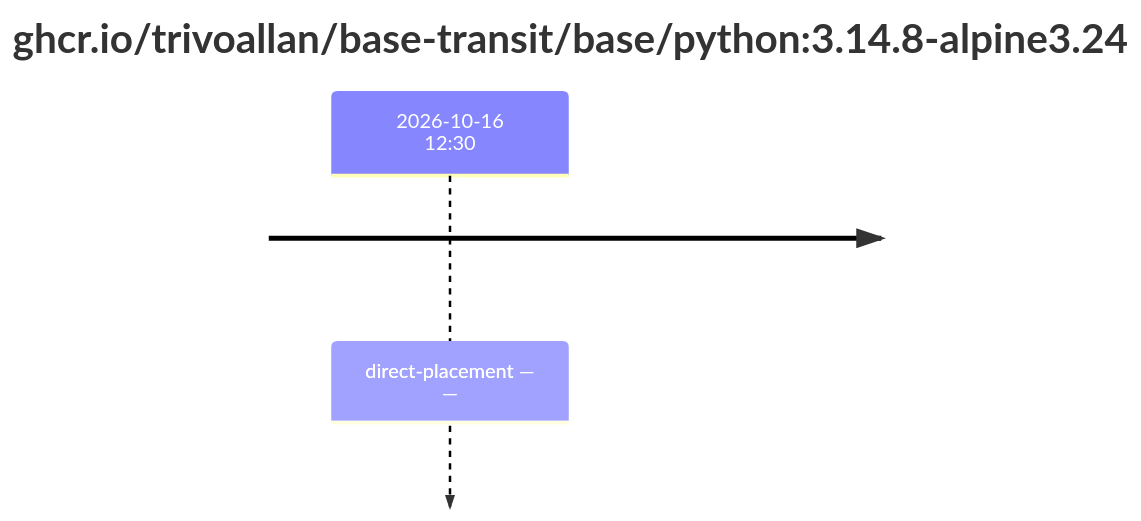
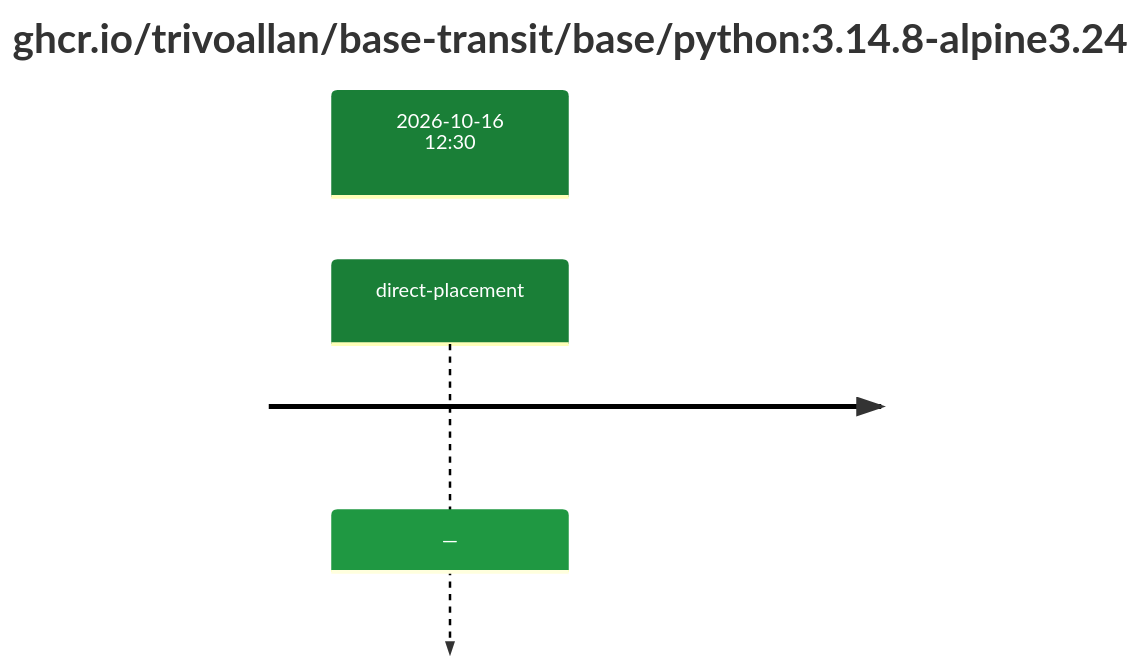
The second of 2 diagrams in results/reports/base-python-3/sha256:76c5a61e54c689636e9f4f3e1729bdb46dc30db9417c8617f36a779caa01c2d6.md (trivoallan/base-images), drawn with Mermaid before and after one commit. The commit also changed other lines of this file and 12 other files, not shown here.

````diff
--- a/results/reports/base-python-3/sha256:76c5a61e54c689636e9f4f3e1729bdb46dc30db9417c8617f36a779caa01c2d6.md
+++ b/results/reports/base-python-3/sha256:76c5a61e54c689636e9f4f3e1729bdb46dc30db9417c8617f36a779caa01c2d6.md
@@ -47,5 +21,7 @@
 ```mermaid
+%%{init: {"theme": "default", "themeVariables": {"cScale0": "#1a7f37", "cScaleLabel0": "#ffffff"}}}%%
 timeline
     title ghcr.io/trivoallan/base-transit/base/python#58;3.14.8-alpine3.24
-    2026-10-16 12#58;30 : direct-placement — —
+    section 2026-10-16 12#58;30
+        direct-placement : —
 ```
````
